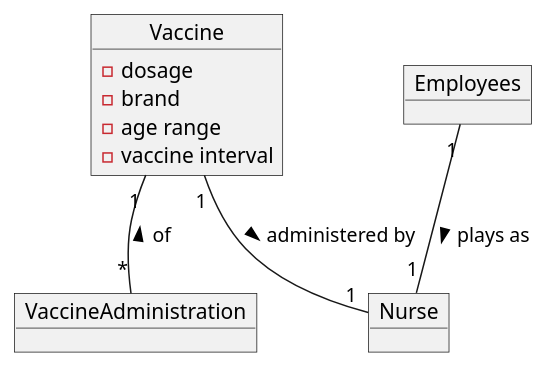
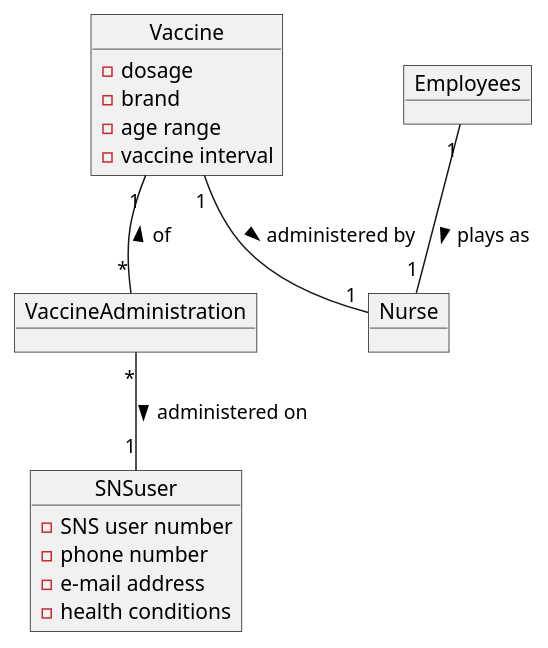
One commit to osnilas/SNSsystem changed the diagram in docs/SprintC/US005/US005_MD.puml. Above: the diagram before and after it, drawn with PlantUML. The commit also changed 3 other files, not shown here.

```diff
--- a/docs/SprintC/US005/US005_MD.puml
+++ b/docs/SprintC/US005/US005_MD.puml
@@ -1,17 +1,25 @@
 @startuml
 'https://plantuml.com/use-case-diagram
 object Nurse
 object Vaccine{
 -dosage
 -brand
 -age range
 -vaccine interval
 }
+object SNSuser{
+-SNS user number
+-phone number
+-e-mail address
+-health conditions
+}
 object VaccineAdministration
 object Employees
 
 Vaccine"1" -- "1"Nurse: > administered by
 Vaccine"1" -- "*"VaccineAdministration: < of
 Employees"1"--"1" Nurse: > plays as
+VaccineAdministration"*" -- "1"SNSuser: > administered on
+
 
 @enduml
```
